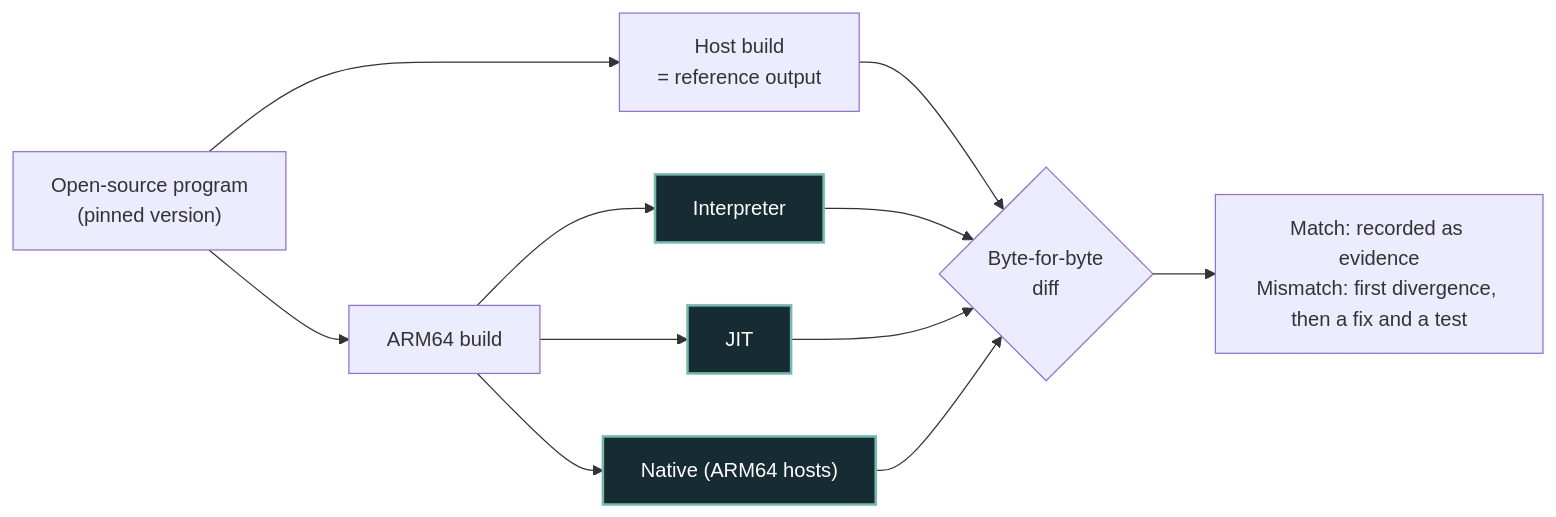
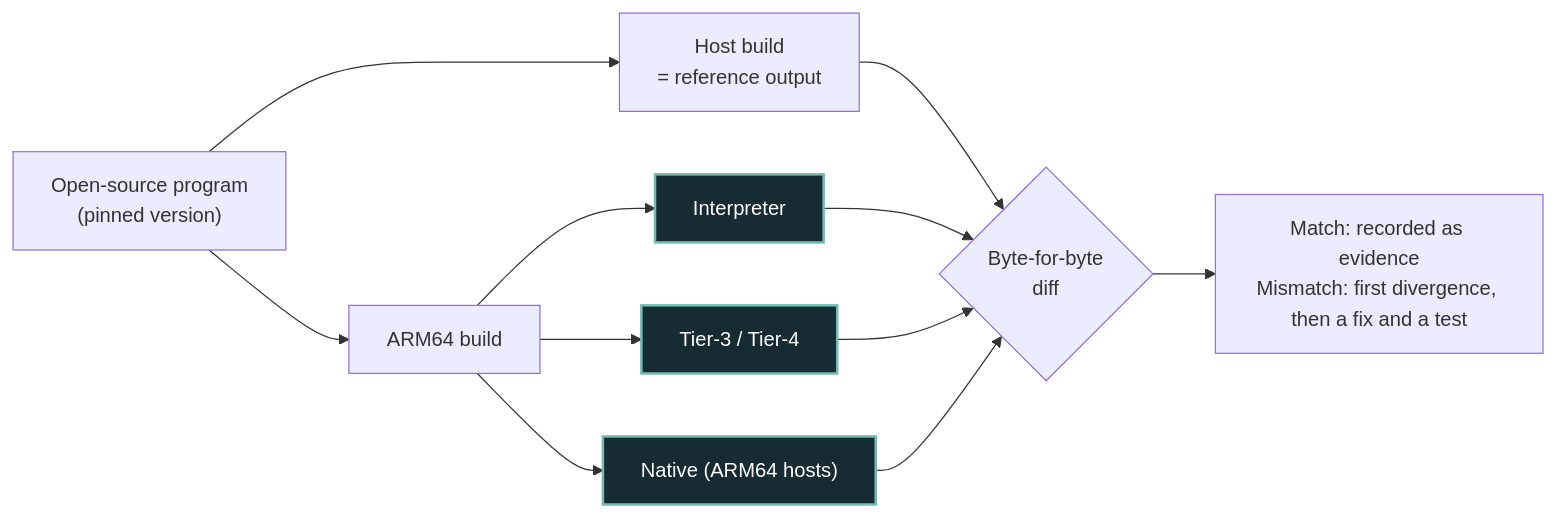
The diagram in docs/DETAILS.md (hffgzktbcc-blip/ounce-core), drawn with Mermaid before and after one commit. The commit also changed other lines of this file and 25 other files, not shown here.

````diff
--- a/docs/DETAILS.md
+++ b/docs/DETAILS.md
@@ -30,15 +30,15 @@
 ```mermaid
 flowchart LR
     P["Open-source program<br/>(pinned version)"] --> H["Host build<br/>= reference output"]
     P --> A["ARM64 build"]
     A --> I["Interpreter"]
-    A --> J["JIT"]
+    A --> J["Tier-3 / Tier-4"]
     A --> N["Native (ARM64 hosts)"]
     H --> D{"Byte-for-byte<br/>diff"}
     I --> D
     J --> D
     N --> D
     D --> R["Match: recorded as evidence<br/>Mismatch: first divergence, then a fix and a test"]
     classDef core fill:#172b32,stroke:#73b9ae,color:#ffffff,stroke-width:2px;
     class I,J,N core;
 ```
````
